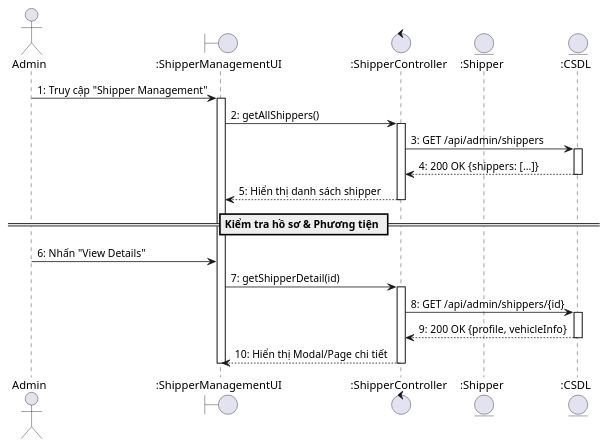
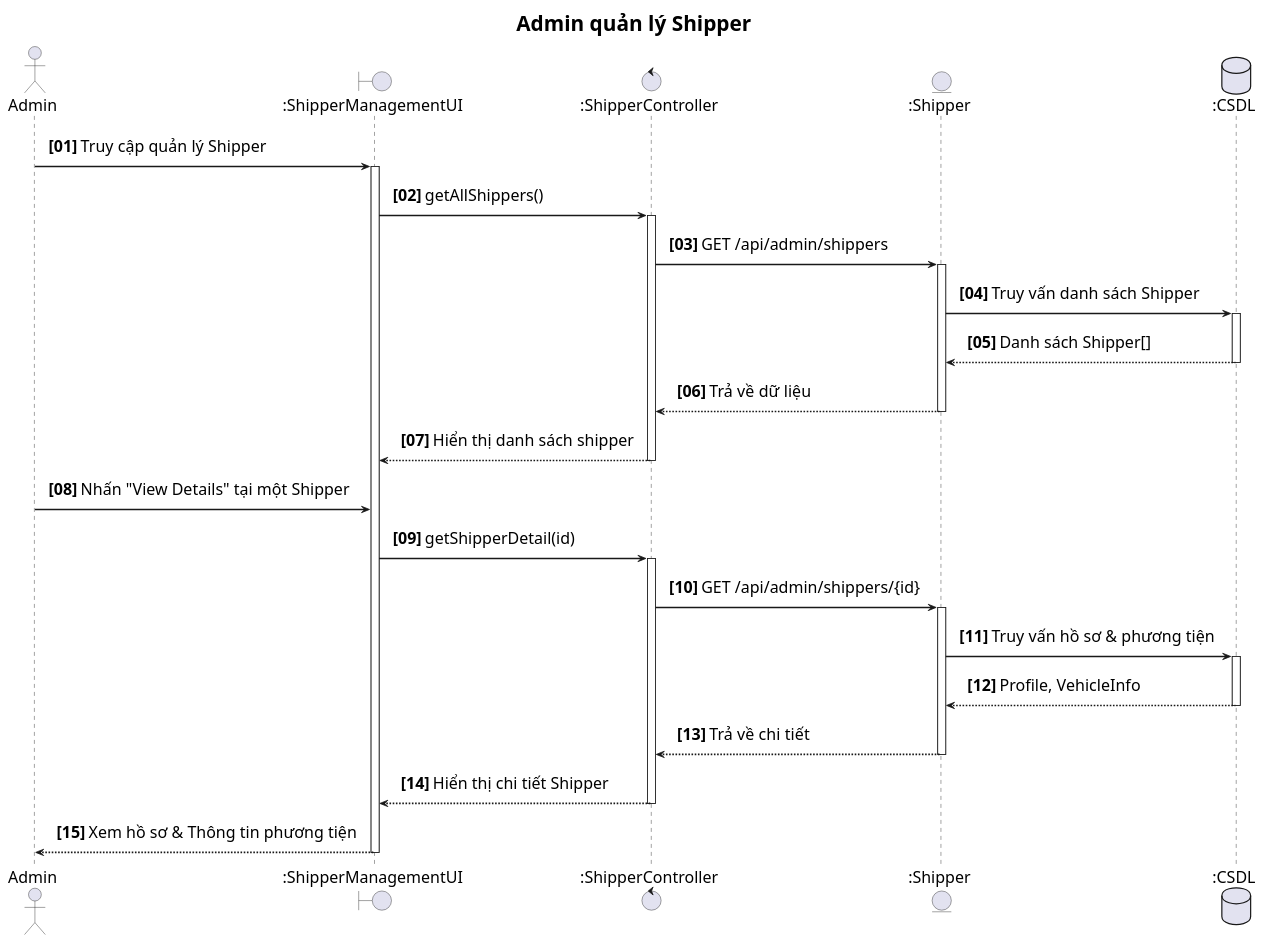
The diagram in front-end/src/usecaseUML/UC77_AdminQuanLyShipper.puml (Gonztbl/DATN_FRONT-END), drawn with PlantUML before and after one commit. The commit also changed 45 other files, not shown here.

```diff
--- a/front-end/src/usecaseUML/UC77_AdminQuanLyShipper.puml
+++ b/front-end/src/usecaseUML/UC77_AdminQuanLyShipper.puml
@@ -1,32 +1,59 @@
 @startuml UC77_AdminQuanLyShipper
-actor Admin
+title Admin quản lý Shipper
+
+autonumber "<b>[00]</b>"
+skinparam sequenceArrowThickness 2
+skinparam roundcorner 10
+skinparam defaultFontSize 20
+skinparam titleFontSize 26
+skinparam sequenceFontSize 19
+skinparam sequenceMessageFontSize 20
+skinparam sequenceActorFontSize 20
+skinparam sequenceParticipantFontSize 20
+skinparam noteFontSize 18
+skinparam sequenceArrowFontSize 20
+skinparam sequence {
+    ParticipantPadding 30
+    LifeLinePadding 20
+    MessagePadding 10
+}
+
+actor "Admin" as Admin
 boundary ":ShipperManagementUI" as UI
 control ":ShipperController" as CTRL
 entity ":Shipper" as ENT
-entity ":CSDL" as DB
+database ":CSDL" as DB
 
-Admin -> UI : 1: Truy cập "Shipper Management"
+Admin -> UI : Truy cập quản lý Shipper
 activate UI
 
-UI -> CTRL : 2: getAllShippers()
+UI -> CTRL : getAllShippers()
 activate CTRL
-CTRL -> DB : 3: GET /api/admin/shippers
+CTRL -> ENT : GET /api/admin/shippers
+activate ENT
+ENT -> DB : Truy vấn danh sách Shipper
 activate DB
-DB --> CTRL : 4: 200 OK {shippers: [...]}
+DB --> ENT : Danh sách Shipper[]
 deactivate DB
-CTRL --> UI : 5: Hiển thị danh sách shipper
+ENT --> CTRL : Trả về dữ liệu
+deactivate ENT
+CTRL --> UI : Hiển thị danh sách shipper
 deactivate CTRL
 
-== Kiểm tra hồ sơ & Phương tiện ==
-Admin -> UI : 6: Nhấn "View Details"
-UI -> CTRL : 7: getShipperDetail(id)
+Admin -> UI : Nhấn "View Details" tại một Shipper
+UI -> CTRL : getShipperDetail(id)
 activate CTRL
-CTRL -> DB : 8: GET /api/admin/shippers/{id}
+CTRL -> ENT : GET /api/admin/shippers/{id}
+activate ENT
+ENT -> DB : Truy vấn hồ sơ & phương tiện
 activate DB
-DB --> CTRL : 9: 200 OK {profile, vehicleInfo}
+DB --> ENT : Profile, VehicleInfo
 deactivate DB
-CTRL --> UI : 10: Hiển thị Modal/Page chi tiết
+ENT --> CTRL : Trả về chi tiết
+deactivate ENT
+CTRL --> UI : Hiển thị chi tiết Shipper
 deactivate CTRL
+UI --> Admin : Xem hồ sơ & Thông tin phương tiện
 
 deactivate UI
 @enduml
```
